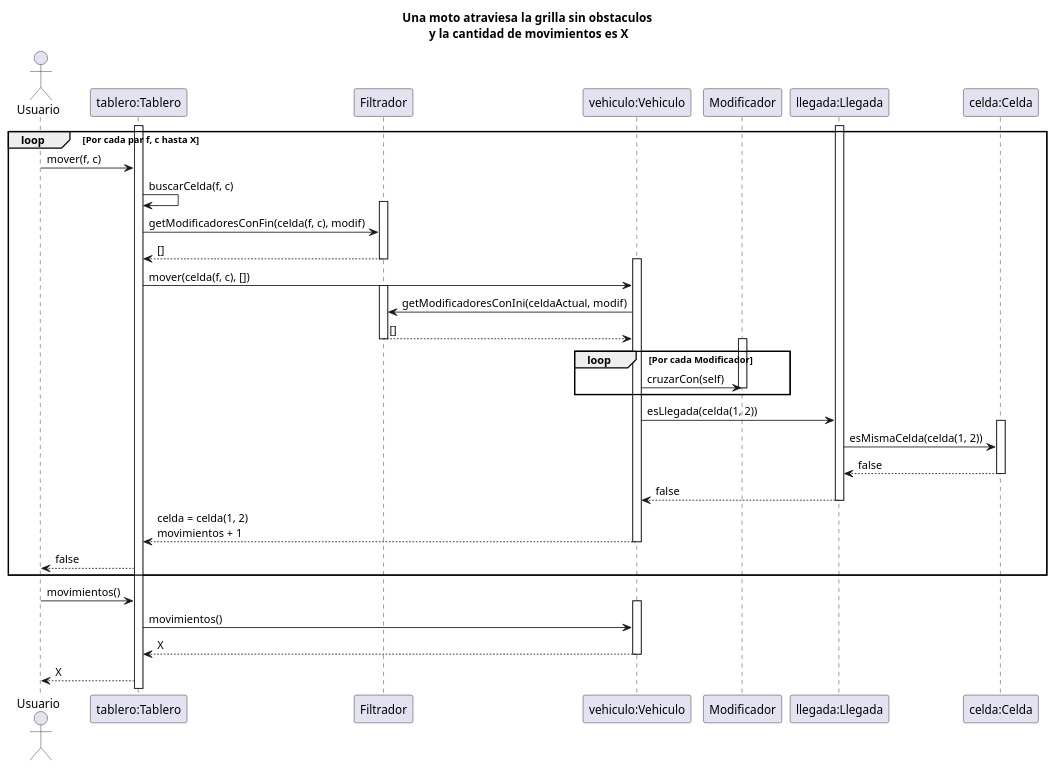
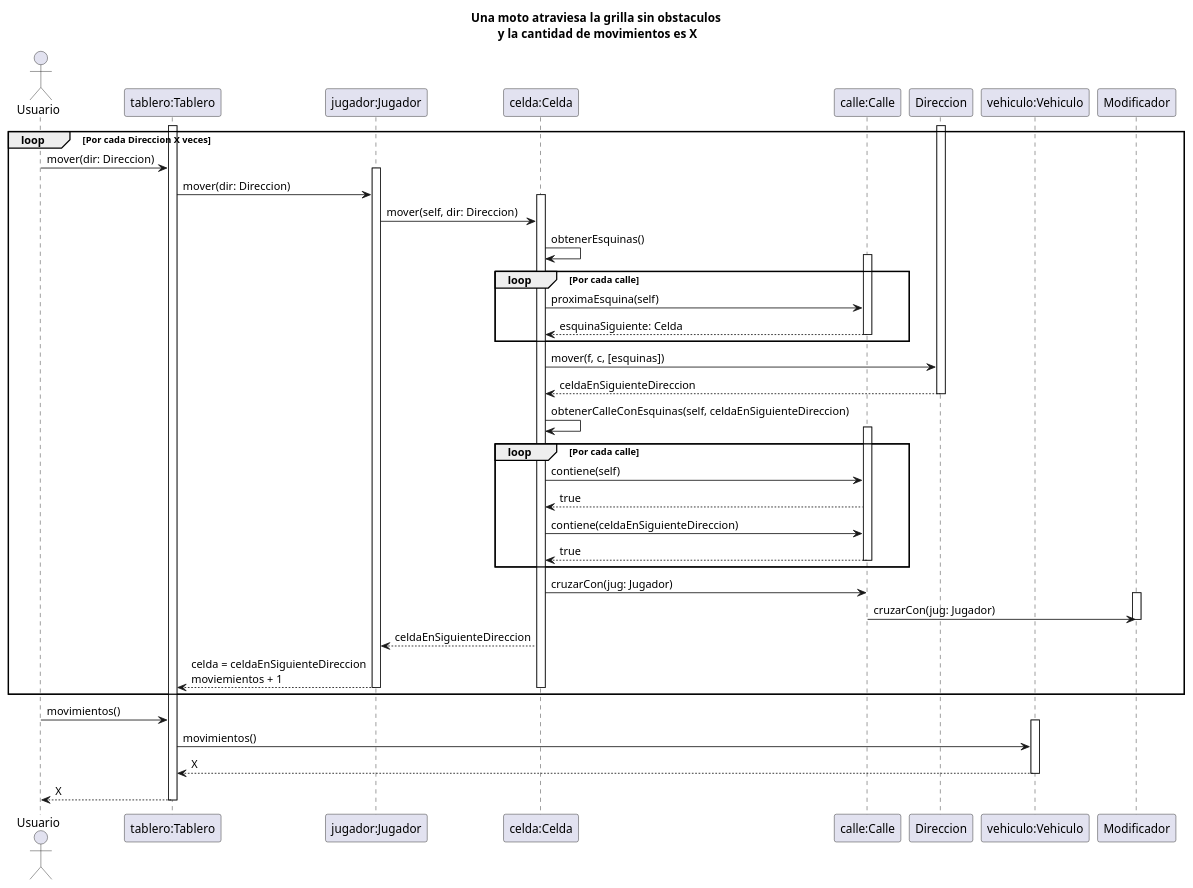
Before and after one commit to tomasayala/algo3_tp2_1C2022: the first of 3 diagrams in diagrams/classes/modelo_inicial/secuencia_ejemplo.plantuml, drawn with PlantUML. The commit also changed other lines of this file and 14 other files, not shown here.

```diff
--- a/diagrams/classes/modelo_inicial/secuencia_ejemplo.plantuml
+++ b/diagrams/classes/modelo_inicial/secuencia_ejemplo.plantuml
@@ -1,66 +1,89 @@
 @startuml sec-moto-atraviesa-grilla-sin-obs
 
 title Una moto atraviesa la grilla sin obstaculos\n y la cantidad de movimientos es X
 
 Actor Usuario as user
 participant "tablero:Tablero" as tablero
-participant "Filtrador" as filtrador
+participant "jugador:Jugador" as jugador
+participant "celda:Celda" as celda
+participant "calle:Calle" as calle
+participant "Direccion" as direccion
 participant "vehiculo:Vehiculo" as vehiculo
 participant "Modificador" as modificador
-participant "llegada:Llegada" as llegada
-participant "celda:Celda" as celda
 
 activate tablero
 
-loop Por cada par f, c hasta X
+loop Por cada Direccion X veces
 
-    user -> tablero: mover(f, c)
+    user -> tablero: mover(dir: Direccion)
     
-    tablero -> tablero: buscarCelda(f, c)
+    activate jugador
     
-    activate filtrador
-    tablero -> filtrador: getModificadoresConFin(celda(f, c), modif)
-    filtrador --> tablero: []
-    deactivate filtrador
+    tablero -> jugador: mover(dir: Direccion)
 
-    activate vehiculo
-    tablero -> vehiculo: mover(celda(f, c), [])
-    activate filtrador 
-    vehiculo -> filtrador: getModificadoresConIni(celdaActual, modif)
-    filtrador --> vehiculo: []
-    deactivate filtrador
+    activate celda
 
-    loop Por cada Modificador
-        activate modificador
-        vehiculo -> modificador: cruzarCon(self)
-        deactivate modificador
+    jugador -> celda: mover(self, dir: Direccion)
+    celda -> celda: obtenerEsquinas()
+
+    loop Por cada calle
+        activate calle
+
+        celda -> calle: proximaEsquina(self)
+        calle --> celda: esquinaSiguiente: Celda
+        
+        deactivate calle
+    end
+
+    activate direccion
+
+    celda -> direccion: mover(f, c, [esquinas])
+    direccion --> celda: celdaEnSiguienteDireccion
+
+    deactivate direccion
+
+    celda -> celda: obtenerCalleConEsquinas(self, celdaEnSiguienteDireccion)
+    
+    loop Por cada calle
+        activate calle
+
+        celda -> calle: contiene(self)
+        calle --> celda: true
+        celda -> calle: contiene(celdaEnSiguienteDireccion)
+        calle --> celda: true
+
+        deactivate calle
     end
     
-    activate llegada
-    vehiculo -> llegada: esLlegada(celda(1, 2))
+    activate calle
+
+    celda -> calle: cruzarCon(jug: Jugador)
     
-    activate celda
-    llegada -> celda: esMismaCelda(celda(1, 2))
-    celda --> llegada: false
+    activate modificador
+    
+    calle -> modificador: cruzarCon(jug: Jugador)
+
+    deactivate modificador
+    deactivate calle
+
+    celda --> jugador: celdaEnSiguienteDireccion
+    jugador --> tablero: celda = celdaEnSiguienteDireccion\nmoviemientos + 1
+
     deactivate celda
-
-    llegada --> vehiculo: false
-    deactivate llegada
-    
-    vehiculo --> tablero: celda = celda(1, 2)\nmovimientos + 1
-    deactivate vehiculo
-
-    tablero --> user: false
+    deactivate jugador
 
 end
+
 
 user -> tablero: movimientos()
 
 activate vehiculo
 tablero -> vehiculo: movimientos()
 vehiculo --> tablero: X
 deactivate vehiculo
 
 tablero --> user: X
 
+deactivate tablero
+
 @enduml
```
